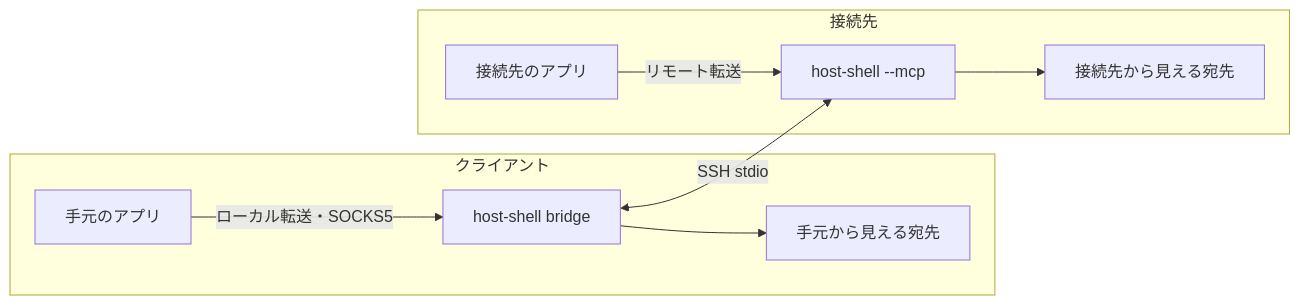
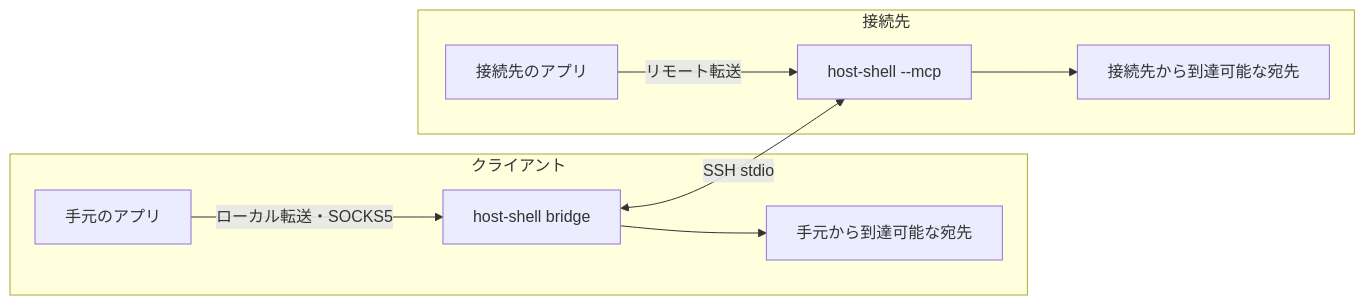
Before and after one commit to Hondarer/host-shell-mcp: the diagram in docs/ja/port-forward.md, drawn with Mermaid. The commit also changed other lines of this file and 20 other files, not shown here.

````diff
--- a/docs/ja/port-forward.md
+++ b/docs/ja/port-forward.md
@@ -20,18 +20,18 @@
 ```mermaid
 flowchart LR
     subgraph client ["クライアント"]
         app1["手元のアプリ"]
         bridge["host-shell bridge"]
-        dst2["手元から見える宛先"]
+        dst2["手元から到達可能な宛先"]
     end
     subgraph target ["接続先"]
         remote["host-shell --mcp"]
-        dst1["接続先から見える宛先"]
+        dst1["接続先から到達可能な宛先"]
         app2["接続先のアプリ"]
     end
     app1 -->|"ローカル転送・SOCKS5"| bridge
     bridge <-->|"SSH stdio"| remote
     remote --> dst1
     app2 -->|"リモート転送"| remote
     bridge --> dst2
 ```
````
